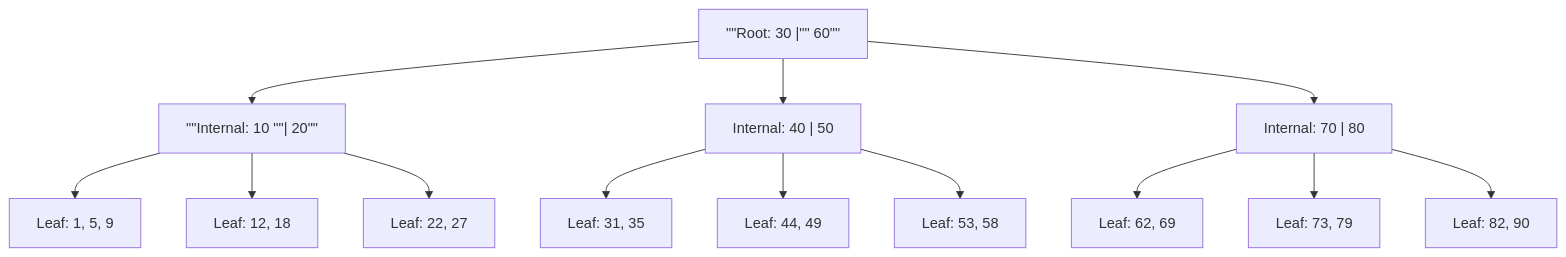
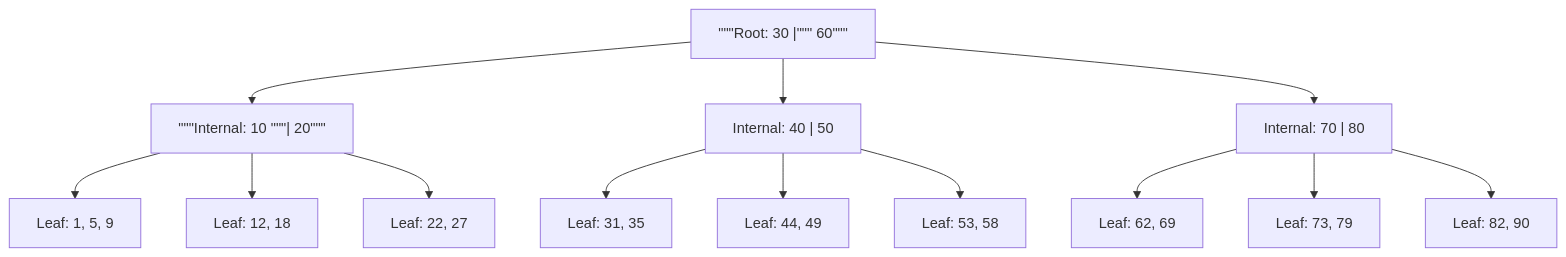
Before and after one commit to justinbrianhwang/SJ-wiki: the diagram in docs/cs/databases/indexing-bplus-hash-bitmap.md, drawn with Mermaid. The commit also changed 84 other files, not shown here.

````diff
--- a/docs/cs/databases/indexing-bplus-hash-bitmap.md
+++ b/docs/cs/databases/indexing-bplus-hash-bitmap.md
@@ -52,15 +52,15 @@
 ```mermaid
 flowchart TD
-  R["#quot;#quot;Root: 30 |#quot;#quot; 60#quot;#quot;"] --> A["#quot;#quot;Internal: 10 #quot;#quot;| 20#quot;#quot;"]
+  R["#quot;#quot;#quot;Root: 30 |#quot;#quot;#quot; 60#quot;#quot;#quot;"] --> A["#quot;#quot;#quot;Internal: 10 #quot;#quot;#quot;| 20#quot;#quot;#quot;"]
   R --> B["Internal: 40 | 50"]
   R --> C["Internal: 70 | 80"]
   A --> L1["Leaf: 1, 5, 9"]
   A --> L2["Leaf: 12, 18"]
   A --> L3["Leaf: 22, 27"]
   B --> L4["Leaf: 31, 35"]
   B --> L5["Leaf: 44, 49"]
   B --> L6["Leaf: 53, 58"]
   C --> L7["Leaf: 62, 69"]
   C --> L8["Leaf: 73, 79"]
   C --> L9["Leaf: 82, 90"]
 ```
````
